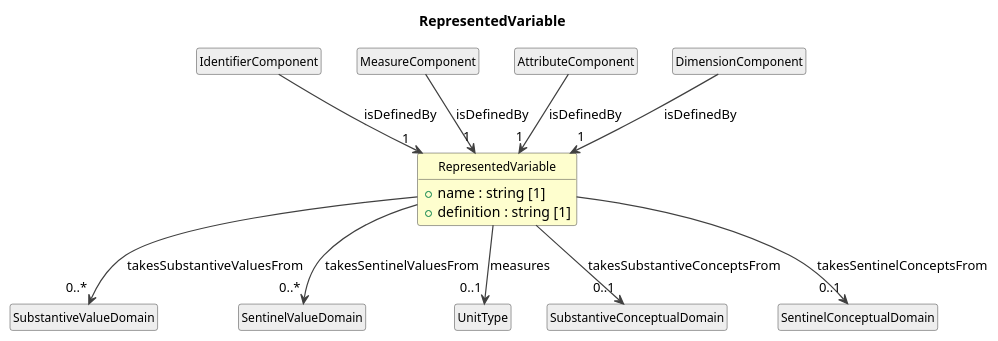
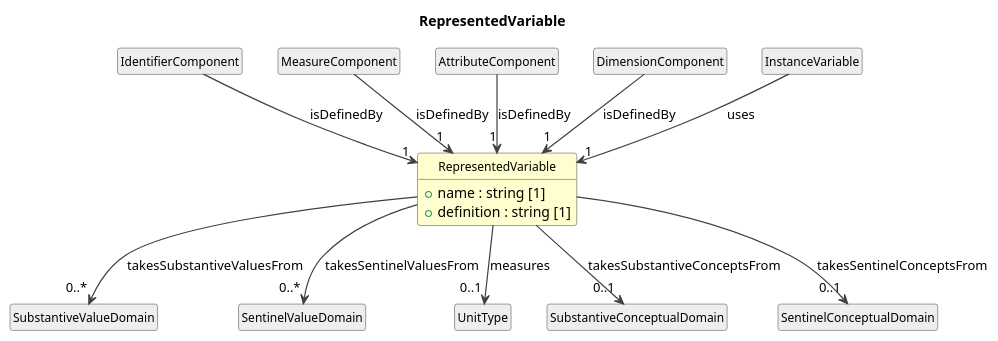
Before and after one commit to Cross-Domain-Interoperability-Framework/metadataBuildingBlocks: the diagram in cdif-uml-model/_plantuml/cdifDataStructure/Classes/RepresentedVariable.pu, drawn with PlantUML. The commit also changed 29 other files, not shown here.

First line of the commit message:
Regenerate DataStructure model browser: DataDownload isStructuredBy + InstanceVariable uses

```diff
--- a/cdif-uml-model/_plantuml/cdifDataStructure/Classes/RepresentedVariable.pu
+++ b/cdif-uml-model/_plantuml/cdifDataStructure/Classes/RepresentedVariable.pu
@@ -1,36 +1,38 @@
 @startuml
 title RepresentedVariable
 hide circle
 hide empty members
 skinparam shadowing false
 skinparam ArrowThickness 1.2
 skinparam class {
   ArrowColor #404040
   BorderColor #404040
   FontSize 12
 }
 
 class "RepresentedVariable" as RepresentedVariable #FEFECE {
   +name : string [1]
   +definition : string [1]
 }
 class "IdentifierComponent" as IdentifierComponent #EEEEEE
 IdentifierComponent --> "1" RepresentedVariable : isDefinedBy
 class "MeasureComponent" as MeasureComponent #EEEEEE
 MeasureComponent --> "1" RepresentedVariable : isDefinedBy
 class "AttributeComponent" as AttributeComponent #EEEEEE
 AttributeComponent --> "1" RepresentedVariable : isDefinedBy
 class "DimensionComponent" as DimensionComponent #EEEEEE
 DimensionComponent --> "1" RepresentedVariable : isDefinedBy
 class "SubstantiveValueDomain" as SubstantiveValueDomain #EEEEEE
 RepresentedVariable --> "0..*" SubstantiveValueDomain : takesSubstantiveValuesFrom
 class "SentinelValueDomain" as SentinelValueDomain #EEEEEE
 RepresentedVariable --> "0..*" SentinelValueDomain : takesSentinelValuesFrom
 class "UnitType" as UnitType #EEEEEE
 RepresentedVariable --> "0..1" UnitType : measures
 class "SubstantiveConceptualDomain" as SubstantiveConceptualDomain #EEEEEE
 RepresentedVariable --> "0..1" SubstantiveConceptualDomain : takesSubstantiveConceptsFrom
 class "SentinelConceptualDomain" as SentinelConceptualDomain #EEEEEE
 RepresentedVariable --> "0..1" SentinelConceptualDomain : takesSentinelConceptsFrom
+class "InstanceVariable" as InstanceVariable #EEEEEE
+InstanceVariable --> "1" RepresentedVariable : uses
 
 @enduml
```
